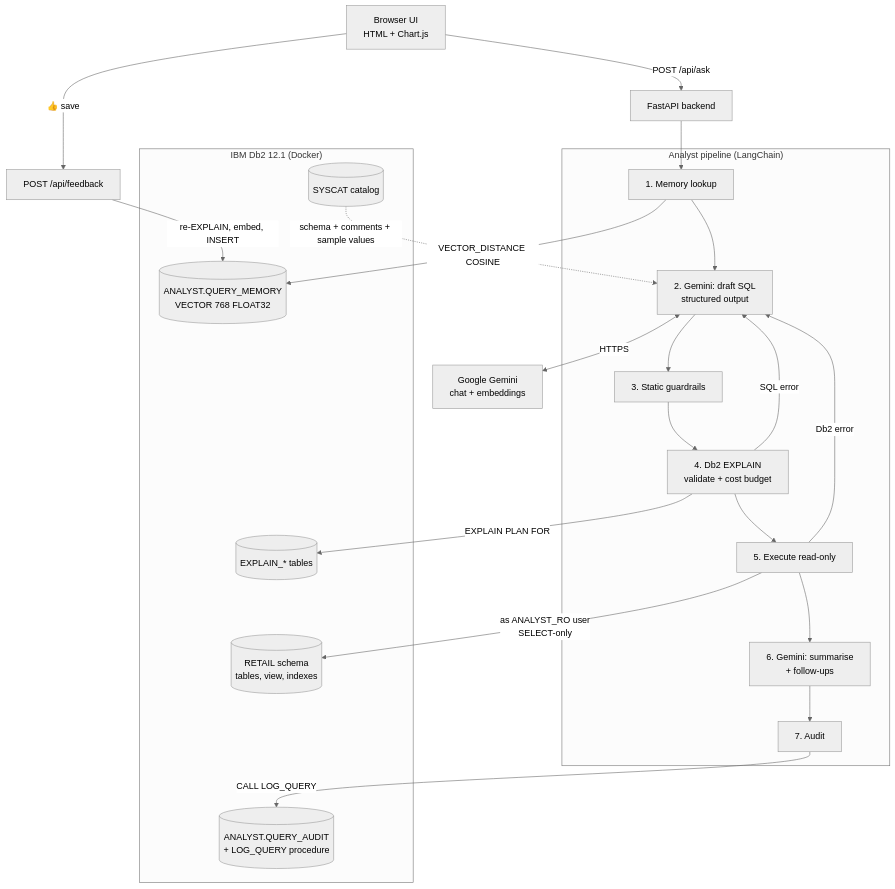
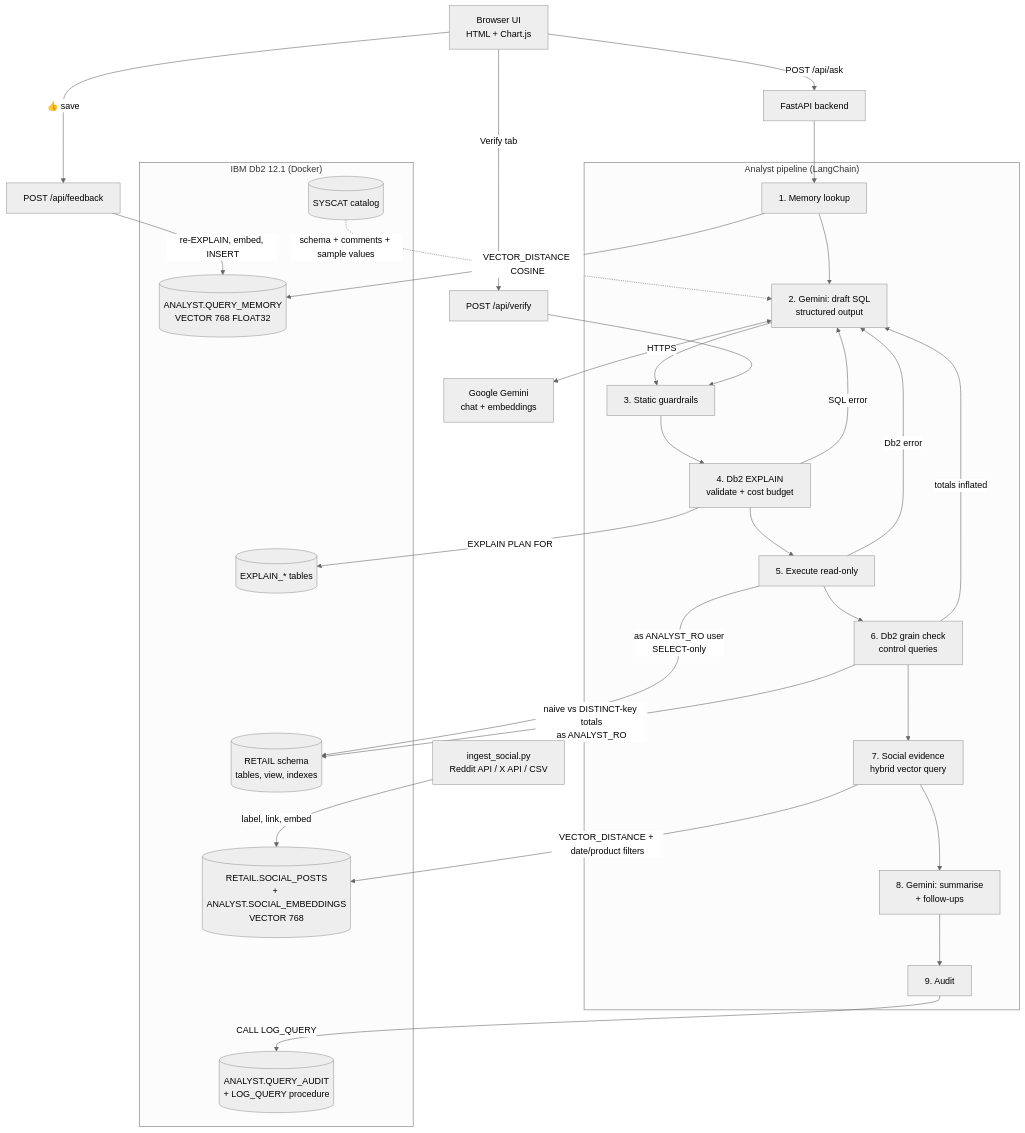
The diagram in submissions/db2-ai-data-analyst/architecture.md (Darshit42/IBM_Db2_TechX_Project_Submission), drawn with Mermaid (neutral theme) before and after one commit. The commit also changed other lines of this file and 1 other file, not shown here.

First line of the commit message:
docs(db2-ai-data-analyst): document grain check, social evidence and verify

````diff
--- a/submissions/db2-ai-data-analyst/architecture.md
+++ b/submissions/db2-ai-data-analyst/architecture.md
@@ -22,34 +24,42 @@
 ```mermaid
 graph TD
     U[Browser UI<br/>HTML + Chart.js] -->|POST /api/ask| API[FastAPI backend]
 
     subgraph Agent["Analyst pipeline (LangChain)"]
         M[1. Memory lookup] --> G[2. Gemini: draft SQL<br/>structured output]
         G --> R[3. Static guardrails]
         R --> E[4. Db2 EXPLAIN<br/>validate + cost budget]
         E --> X[5. Execute read-only]
         X -->|Db2 error| G
         E -->|SQL error| G
-        X --> S[6. Gemini: summarise<br/>+ follow-ups]
-        S --> A[7. Audit]
+        X --> K[6. Db2 grain check<br/>control queries]
+        K -->|totals inflated| G
+        K --> V[7. Social evidence<br/>hybrid vector query]
+        V --> S[8. Gemini: summarise<br/>+ follow-ups]
+        S --> A[9. Audit]
     end
 
     API --> M
 
     subgraph Db2["IBM Db2 12.1 (Docker)"]
         CAT[(SYSCAT catalog)]
         RET[(RETAIL schema<br/>tables, view, indexes)]
         MEM[(ANALYST.QUERY_MEMORY<br/>VECTOR 768 FLOAT32)]
         EXP[(EXPLAIN_* tables)]
         AUD[(ANALYST.QUERY_AUDIT<br/>+ LOG_QUERY procedure)]
+        SOC[(RETAIL.SOCIAL_POSTS<br/>+ ANALYST.SOCIAL_EMBEDDINGS<br/>VECTOR 768)]
     end
 
     CAT -.->|schema + comments + sample values| G
     M -->|VECTOR_DISTANCE COSINE| MEM
     E -->|EXPLAIN PLAN FOR| EXP
     X -->|as ANALYST_RO user<br/>SELECT-only| RET
+    K -->|naive vs DISTINCT-key totals<br/>as ANALYST_RO| RET
+    V -->|VECTOR_DISTANCE + date/product filters| SOC
     A -->|CALL LOG_QUERY| AUD
+    IN[ingest_social.py<br/>Reddit API / X API / CSV] -->|label, link, embed| SOC
+    U -->|Verify tab| VF[POST /api/verify] --> R
     U -->|👍 save| FB[POST /api/feedback] -->|re-EXPLAIN, embed, INSERT| MEM
 
     G <-->|HTTPS| GEM[Google Gemini<br/>chat + embeddings]
 ```
````
